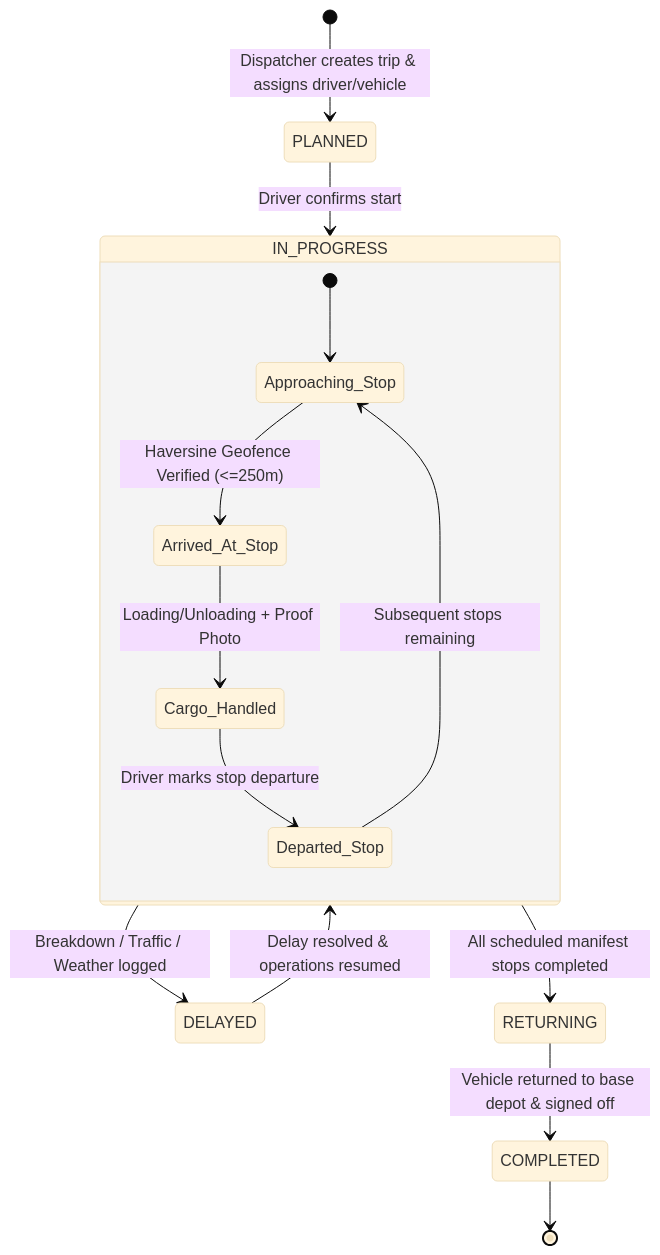
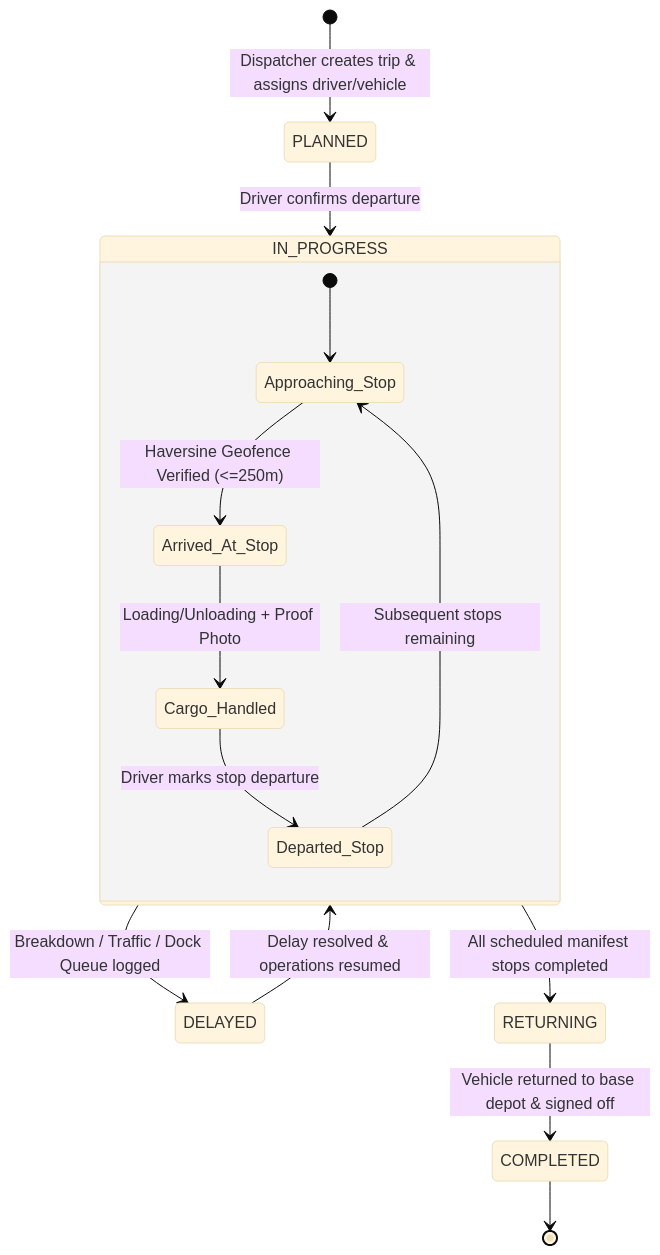
The second of 2 diagrams in README.md (Nixxzzzzz/truck_tracker), drawn with Mermaid (base theme) before and after one commit. The commit also changed other lines of this file and 18 other files, not shown here.

````diff
--- a/README.md
+++ b/README.md
@@ -67,20 +163,20 @@
 ```mermaid
 stateDiagram-v2
     [*] --> PLANNED : Dispatcher creates trip & assigns driver/vehicle
-    PLANNED --> IN_PROGRESS : Driver confirms start
+    PLANNED --> IN_PROGRESS : Driver confirms departure
     
     state IN_PROGRESS {
         [*] --> Approaching_Stop
         Approaching_Stop --> Arrived_At_Stop : Haversine Geofence Verified (<=250m)
         Arrived_At_Stop --> Cargo_Handled : Loading/Unloading + Proof Photo
         Cargo_Handled --> Departed_Stop : Driver marks stop departure
         Departed_Stop --> Approaching_Stop : Subsequent stops remaining
     }
     
-    IN_PROGRESS --> DELAYED : Breakdown / Traffic / Weather logged
+    IN_PROGRESS --> DELAYED : Breakdown / Traffic / Dock Queue logged
     DELAYED --> IN_PROGRESS : Delay resolved & operations resumed
     
     IN_PROGRESS --> RETURNING : All scheduled manifest stops completed
     RETURNING --> COMPLETED : Vehicle returned to base depot & signed off
     COMPLETED --> [*]
 ```
````
